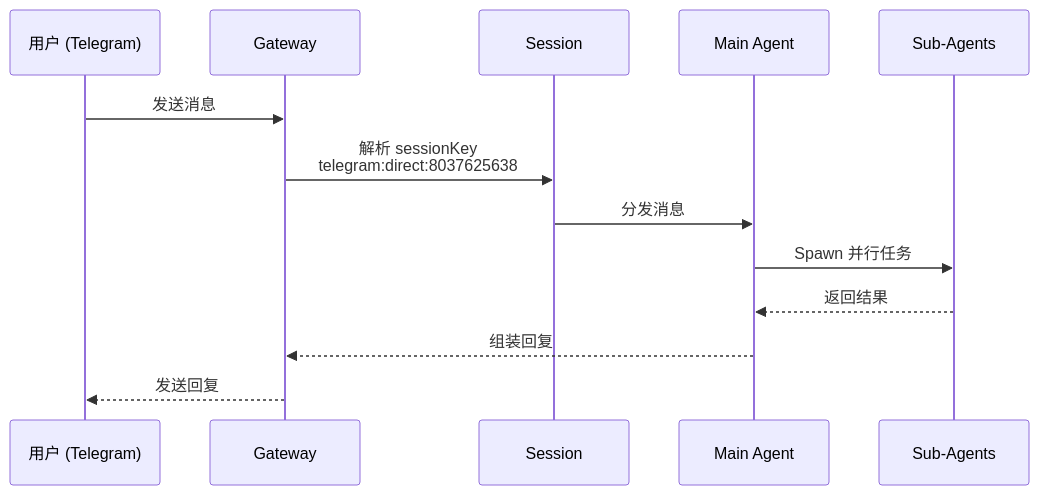
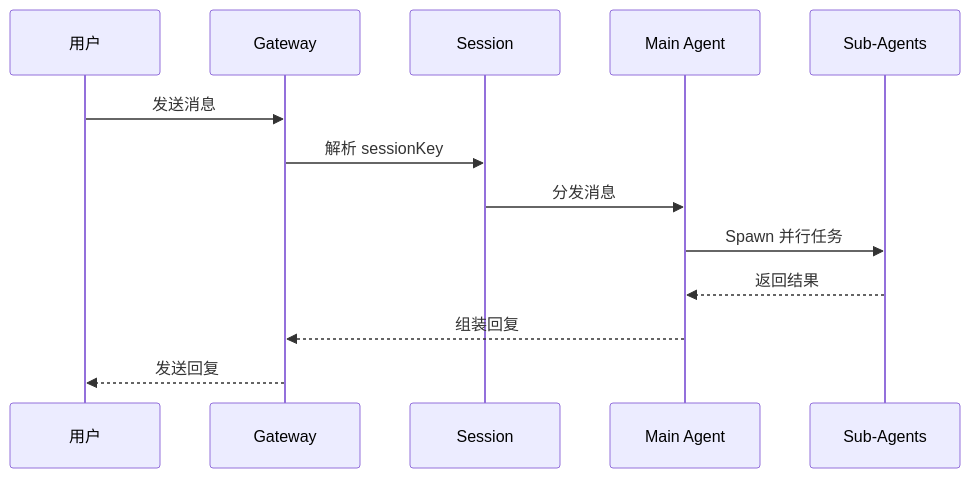
Before and after one commit to HardySimpson/blog: the third of 5 diagrams in _posts/2026-04-14-openclaw-binding-peer-channel-agent.md, drawn with Mermaid. The commit also changed other lines of this file, not shown here.

Commit message:
Fix Mermaid: 移除 HTML 标签，兼容 GitHub 渲染

````diff
--- a/_posts/2026-04-14-openclaw-binding-peer-channel-agent.md
+++ b/_posts/2026-04-14-openclaw-binding-peer-channel-agent.md
@@ -120,16 +116,16 @@
 ```mermaid
 sequenceDiagram
-    participant User as 用户 (Telegram)
+    participant User as 用户
     participant Gateway
-    participant Session as Session
+    participant Session
     participant Agent as Main Agent
     participant Sub as Sub-Agents
 
     User->>Gateway: 发送消息
-    Gateway->>Session: 解析 sessionKey<br/>telegram:direct:8037625638
+    Gateway->>Session: 解析 sessionKey
     Session->>Agent: 分发消息
     Agent->>Sub: Spawn 并行任务
     Sub-->>Agent: 返回结果
     Agent-->>Gateway: 组装回复
     Gateway-->>User: 发送回复
 ```
````
